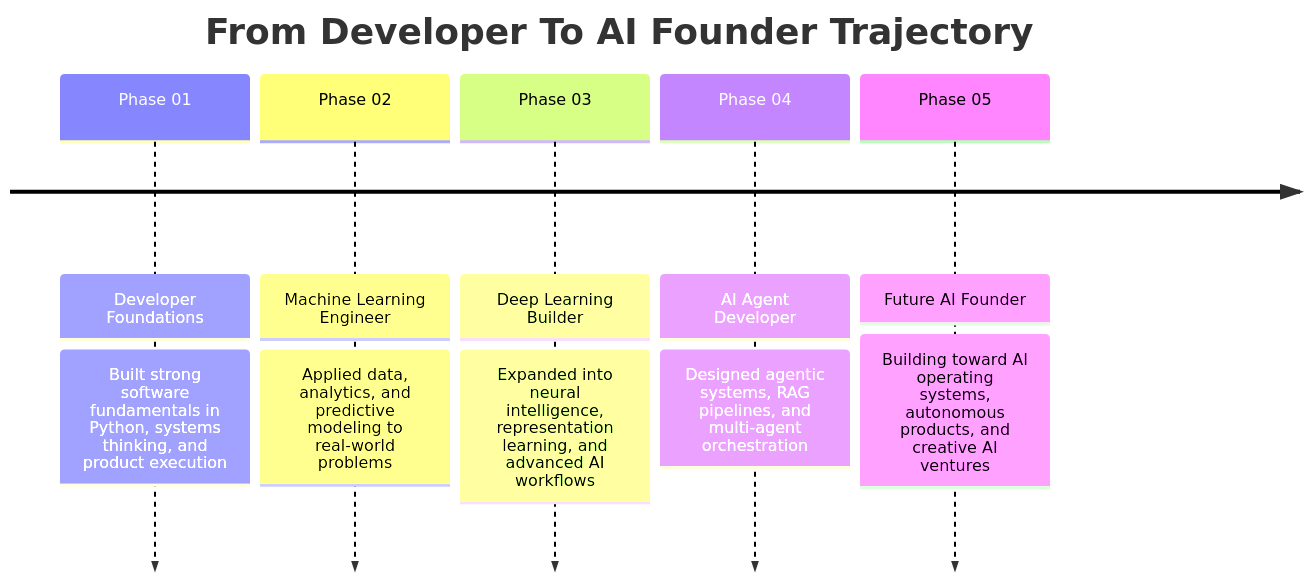
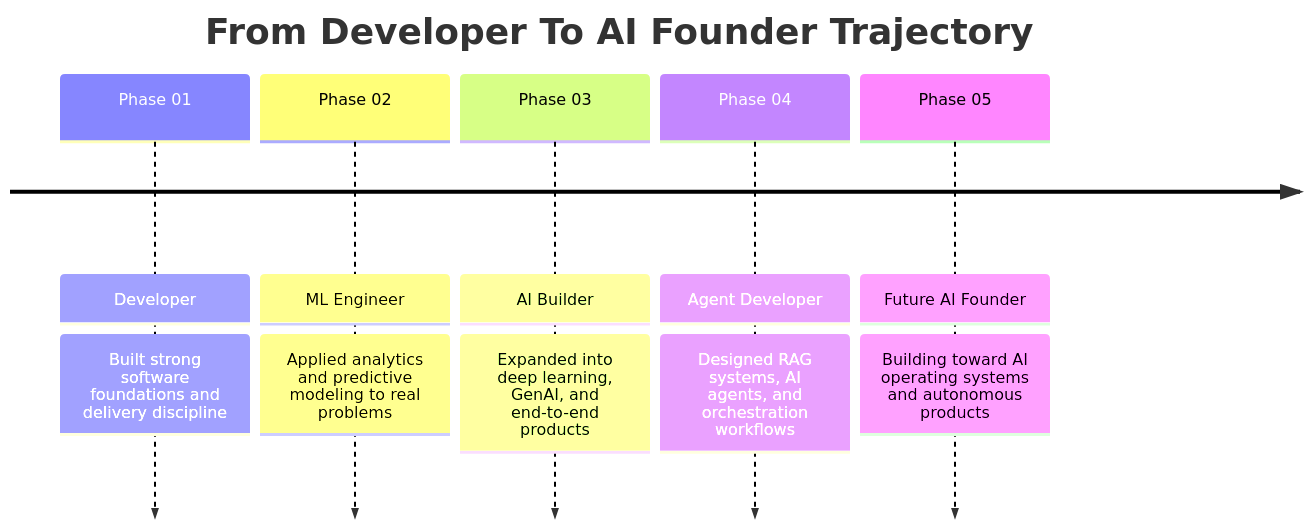
The second of 2 diagrams in README.md (ravindrareddy17/ravindrareddy17), drawn with Mermaid before and after one commit. The commit also changed other lines of this file and 3 other files, not shown here.

````diff
--- a/README.md
+++ b/README.md
@@ -183,14 +155,14 @@
 ```mermaid
 timeline
     title From Developer To AI Founder Trajectory
-    Phase 01 : Developer Foundations
-             : Built strong software fundamentals in Python, systems thinking, and product execution
-    Phase 02 : Machine Learning Engineer
-             : Applied data, analytics, and predictive modeling to real-world problems
-    Phase 03 : Deep Learning Builder
-             : Expanded into neural intelligence, representation learning, and advanced AI workflows
-    Phase 04 : AI Agent Developer
-             : Designed agentic systems, RAG pipelines, and multi-agent orchestration
+    Phase 01 : Developer
+             : Built strong software foundations and delivery discipline
+    Phase 02 : ML Engineer
+             : Applied analytics and predictive modeling to real problems
+    Phase 03 : AI Builder
+             : Expanded into deep learning, GenAI, and end-to-end products
+    Phase 04 : Agent Developer
+             : Designed RAG systems, AI agents, and orchestration workflows
     Phase 05 : Future AI Founder
-             : Building toward AI operating systems, autonomous products, and creative AI ventures
+             : Building toward AI operating systems and autonomous products
 ```
````
